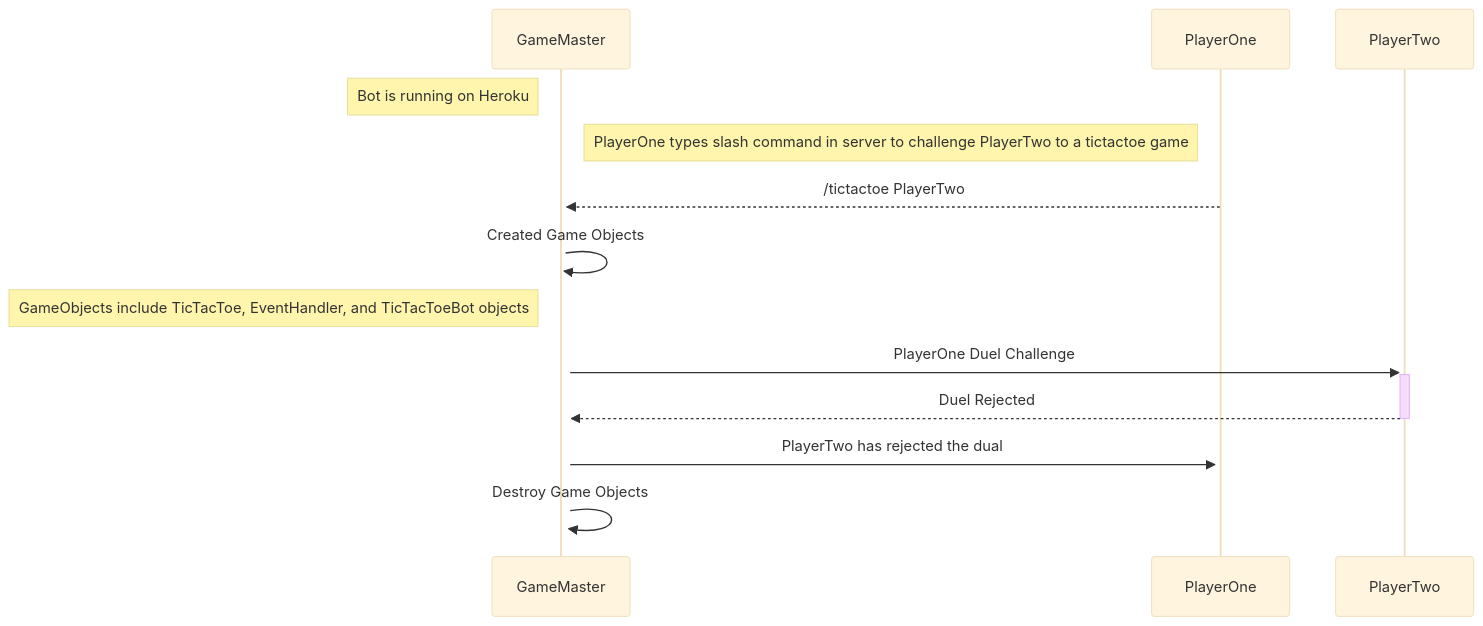
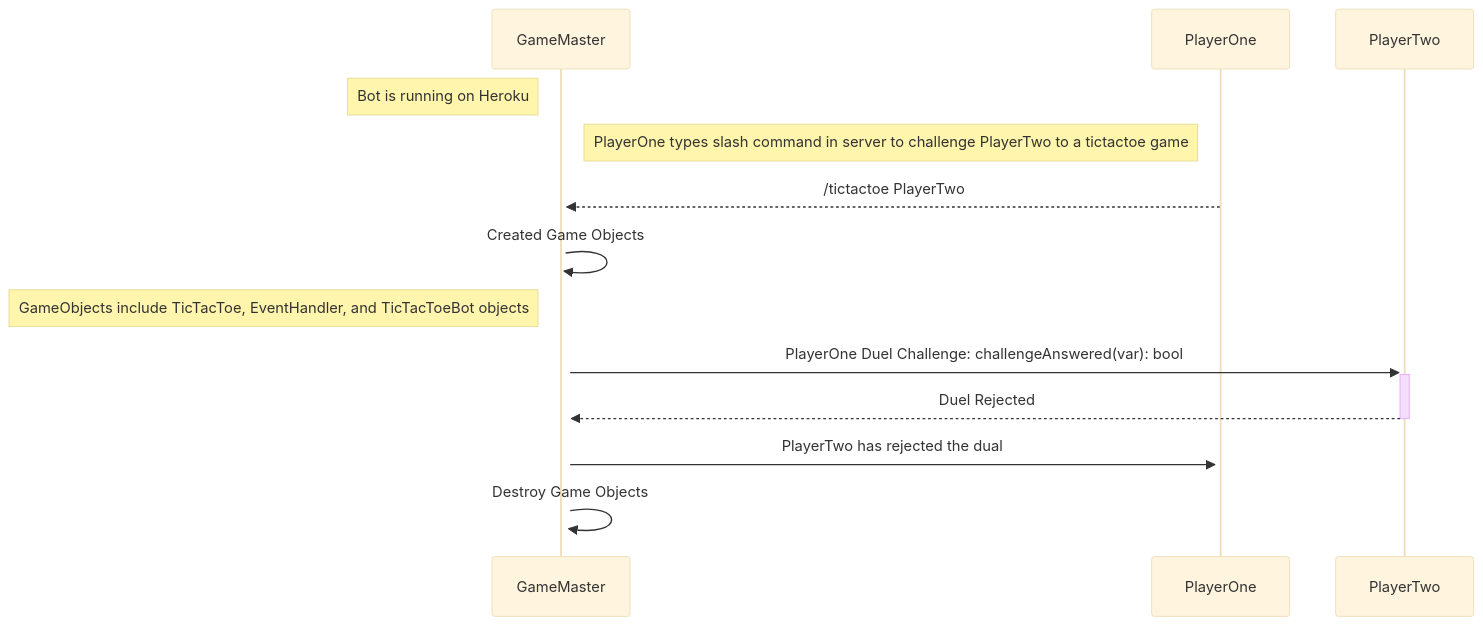
One commit to cis3296f22/GameMaster changed the diagram in uml_Sequence_RejectDuel.md. Above: the diagram before and after it, drawn with Mermaid (base theme).

````diff
--- a/uml_Sequence_RejectDuel.md
+++ b/uml_Sequence_RejectDuel.md
@@ -3,17 +3,17 @@
 ```mermaid
 sequenceDiagram
   
     participant GameMaster as GameMaster
     participant PlayerOne as PlayerOne
     participant PlayerTwo as PlayerTwo
     Note left of GameMaster: Bot is running on Heroku
     Note left of PlayerOne: PlayerOne types slash command in server to challenge PlayerTwo to a tictactoe game
     PlayerOne-->>+GameMaster: /tictactoe PlayerTwo
     GameMaster->>+GameMaster: Created Game Objects
     Note left of GameMaster: GameObjects include TicTacToe, EventHandler, and TicTacToeBot objects
-    GameMaster->>+PlayerTwo: PlayerOne Duel Challenge
+    GameMaster->>+PlayerTwo: PlayerOne Duel Challenge: challengeAnswered(var): bool
     PlayerTwo-->>-GameMaster: Duel Rejected
     GameMaster->>+PlayerOne: PlayerTwo has rejected the dual
     GameMaster->>+GameMaster: Destroy Game Objects
     
 ```
````
